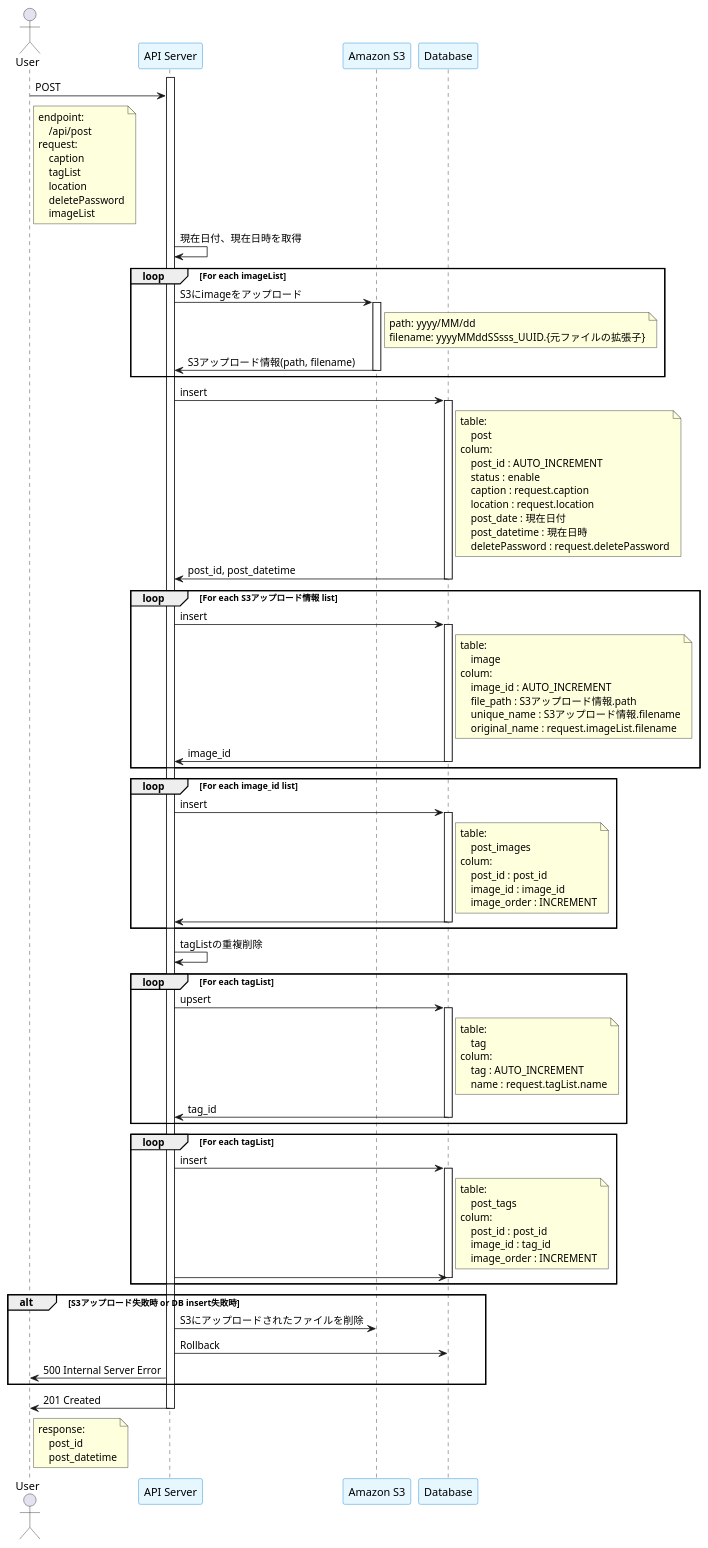
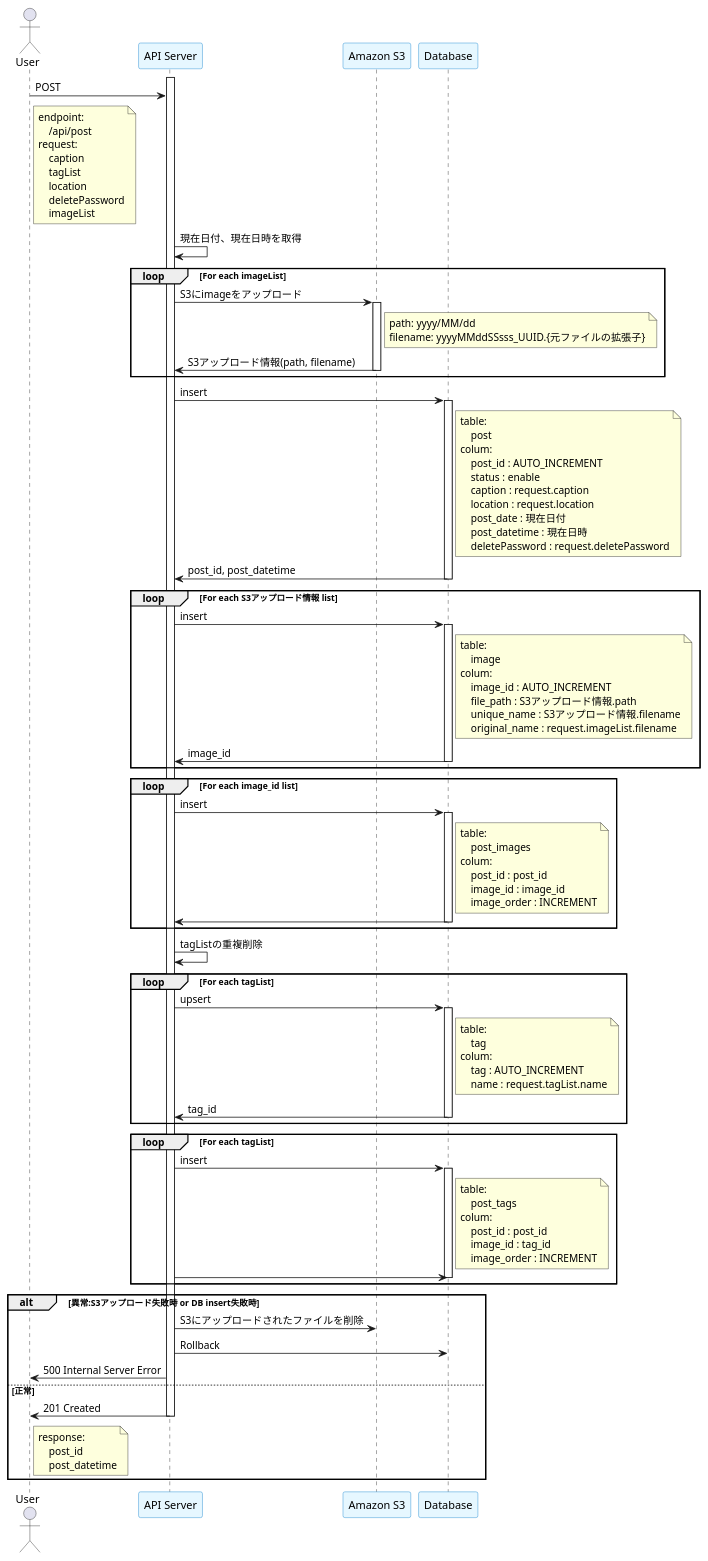
The diagram in docs/sequence/api/create_post.puml (takasumi-m/gallery-docs), drawn with PlantUML before and after one commit.

Commit message:
update: create_post.puml

```diff
--- a/docs/sequence/api/create_post.puml
+++ b/docs/sequence/api/create_post.puml
@@ -1,127 +1,128 @@
 @startuml
 skinparam ParticipantBorderColor #007ACC
 skinparam ParticipantBackgroundColor #E6F7FF
 
 actor User as user
 participant "API Server" as server
 participant "Amazon S3" as S3
 participant "Database" as DB
 
 activate server
 user -> server: POST
 note right of user
     endpoint:
         /api/post
     request:
         caption
         tagList
         location
         deletePassword
         imageList
 end note
 server -> server: 現在日付、現在日時を取得
 loop For each imageList
     server -> S3: S3にimageをアップロード
     note right of S3
         path: yyyy/MM/dd
         filename: yyyyMMddSSsss_UUID.{元ファイルの拡張子}
     end note
     activate S3
     S3 -> server: S3アップロード情報(path, filename)
     deactivate S3
 end loop
 server -> DB: insert
 activate DB
     note right of DB
         table:
             post
         colum:
             post_id : AUTO_INCREMENT
             status : enable
             caption : request.caption
             location : request.location
             post_date : 現在日付
             post_datetime : 現在日時
             deletePassword : request.deletePassword
     end note
 DB -> server: post_id, post_datetime
 deactivate DB
 
 
 loop For each S3アップロード情報 list
     server -> DB: insert
     activate DB
         note right of DB
             table:
                 image
             colum:
                 image_id : AUTO_INCREMENT
                 file_path : S3アップロード情報.path
                 unique_name : S3アップロード情報.filename
                 original_name : request.imageList.filename
         end note
     DB -> server: image_id
     deactivate DB
 end loop
 
 loop For each image_id list
     server -> DB: insert
     activate DB
     note right of DB
         table:
             post_images
         colum:
             post_id : post_id
             image_id : image_id
             image_order : INCREMENT
     end note
     DB -> server:
     deactivate DB
 end loop
 
 server -> server: tagListの重複削除
 
 loop For each tagList
     server -> DB: upsert
     activate DB
     note right of DB
         table:
             tag
         colum:
             tag : AUTO_INCREMENT
             name : request.tagList.name
     end note
     DB -> server:  tag_id
     deactivate DB
 end loop
 
 loop For each tagList
 
     server -> DB: insert
     activate DB
         note right of DB
             table:
                 post_tags
             colum:
                 post_id : post_id
                 image_id : tag_id
                 image_order : INCREMENT
         end note
     server -> DB:
     deactivate DB
 end loop
 
-alt S3アップロード失敗時 or DB insert失敗時
+alt 異常:S3アップロード失敗時 or DB insert失敗時
     server -> S3: S3にアップロードされたファイルを削除
     server -> DB: Rollback
     server -> user: 500 Internal Server Error
+else 正常
+    server -> user: 201 Created
+    note right of user
+        response:
+            post_id
+            post_datetime
+    end note
+    deactivate server
 end alt
-
-server -> user: 201 Created
-note right of user
-    response:
-        post_id
-        post_datetime
-end note
 deactivate server
 @enduml
```
